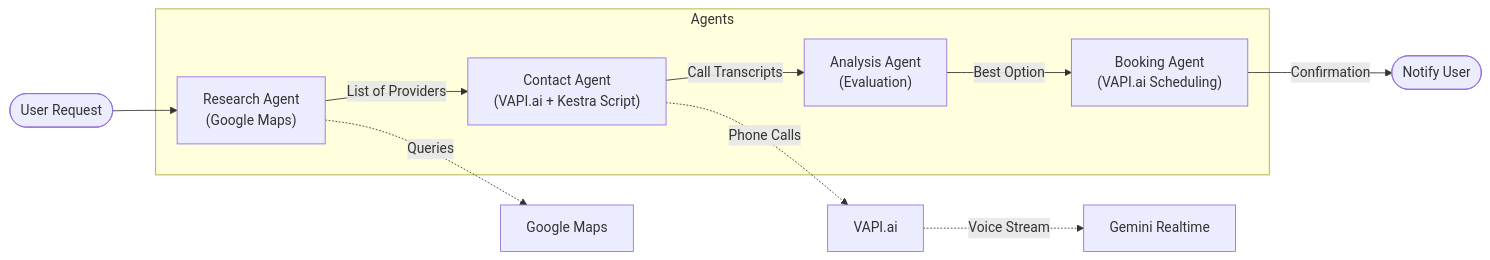
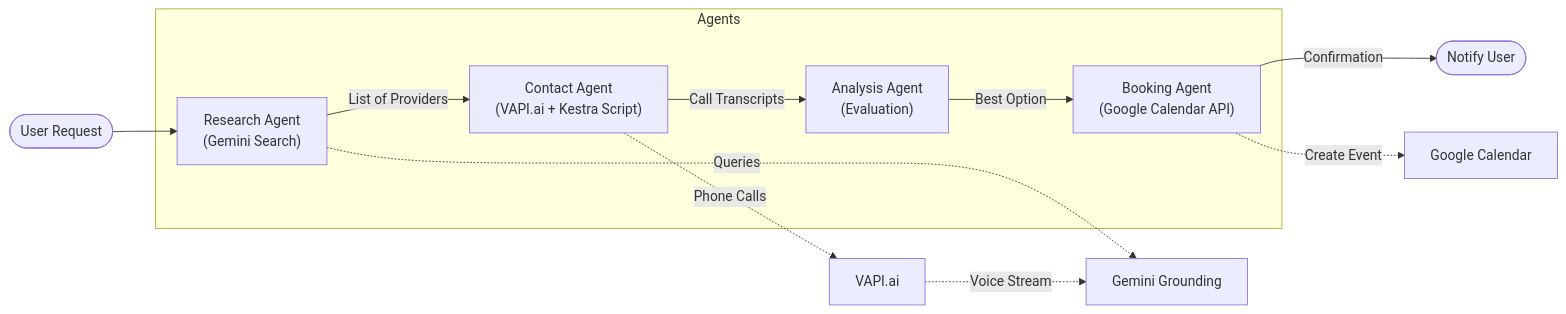
One commit to beetz12/concierge-ai changed the second of 5 diagrams in docs/architecture.md. Above: the diagram before and after it, drawn with Mermaid. The commit also changed other lines of this file and 2 other files, not shown here.

````diff
--- a/docs/architecture.md
+++ b/docs/architecture.md
@@ -57,20 +61,21 @@
 ```mermaid
 flowchart LR
     Start([User Request]) --> Research
     
     subgraph Agents
-        Research["Research Agent<br/>(Google Maps)"]
+        Research["Research Agent<br/>(Gemini Search)"]
         Contact["Contact Agent<br/>(VAPI.ai + Kestra Script)"]
         Analysis["Analysis Agent<br/>(Evaluation)"]
-        Booking["Booking Agent<br/>(VAPI.ai Scheduling)"]
+        Booking["Booking Agent<br/>(Google Calendar API)"]
     end
     
     Research -->|List of Providers| Contact
     Contact -->|Call Transcripts| Analysis
     Analysis -->|Best Option| Booking
     Booking -->|Confirmation| End([Notify User])
     
-    Research -.->|Queries| GoogleMaps[Google Maps]
+    Research -.->|Queries| Gemini[Gemini Grounding]
     Contact -.->|Phone Calls| VAPI[VAPI.ai]
-    VAPI -.->|Voice Stream| Gemini[Gemini Realtime]
+    VAPI -.->|Voice Stream| Gemini
+    Booking -.->|Create Event| GCal[Google Calendar]
 ```
````
